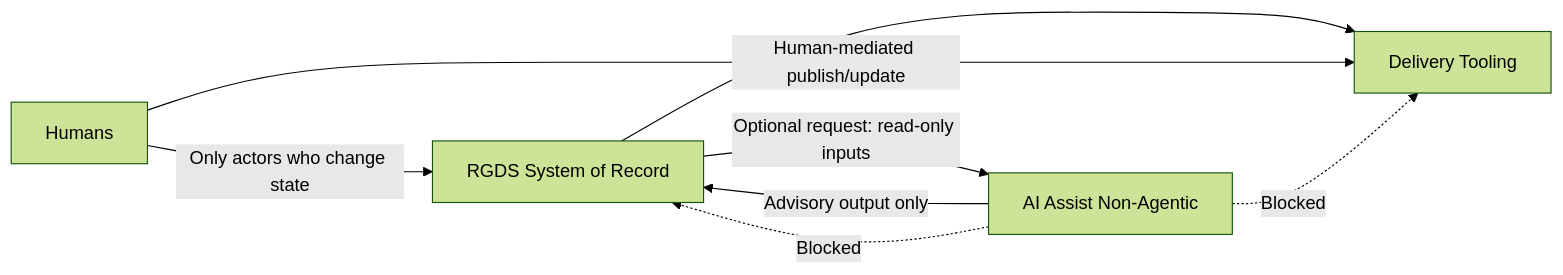
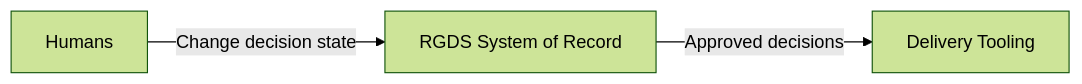
Before and after one commit to mj3b/rgds-ai-governance: the diagram in docs/ai-governance-technical-architecture.md, drawn with Mermaid (forest theme).

````diff
--- a/docs/ai-governance-technical-architecture.md
+++ b/docs/ai-governance-technical-architecture.md
@@ -1,12 +1,7 @@
 ```mermaid
 flowchart LR
-  H[Humans] -->|Only actors who change state| R[RGDS System of Record]
-  R -->|Optional request: read-only inputs| A[AI Assist Non-Agentic]
-  A -->|Advisory output only| R
-  R --> D[Delivery Tooling]
-  H -->|Human-mediated publish/update| D
+  H[Humans] -->|Change decision state| R[RGDS System of Record]
+  R -->|Approved decisions| D[Delivery Tooling]
 
-  A -.->|Blocked| D
-  A -.->|Blocked| R
 
 ```
````
